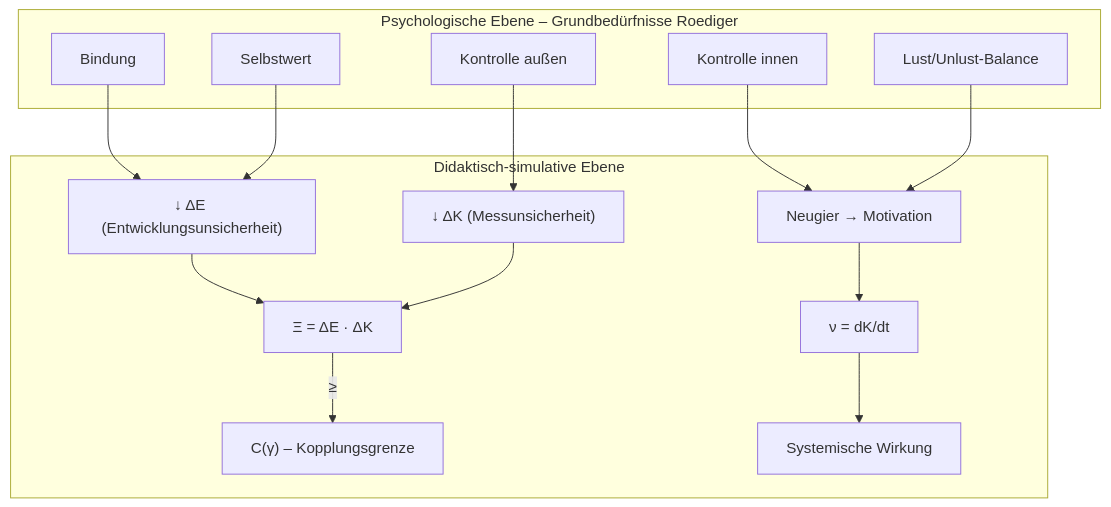
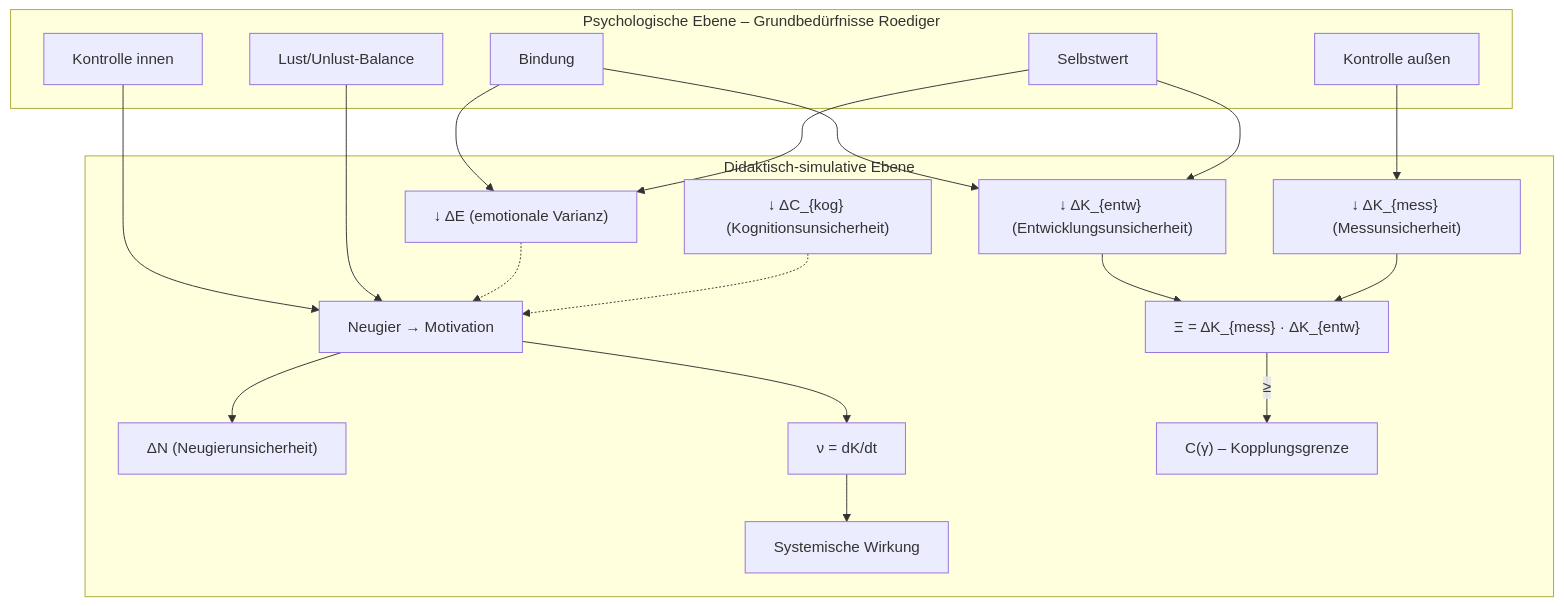
Before and after one commit to jochen-hanisch/research: the first of 2 diagrams in Bildungswissenschaft/Bildungswirkfaktor.md, drawn with Mermaid. The commit also changed other lines of this file and 66 other files, not shown here.

````diff
--- a/Bildungswissenschaft/Bildungswirkfaktor.md
+++ b/Bildungswissenschaft/Bildungswirkfaktor.md
@@ -139,35 +164,45 @@
 ```mermaid
 flowchart TD
   subgraph PSY[Psychologische Ebene – Grundbedürfnisse Roediger]
     BIND[Bindung]
     EXT[Kontrolle außen]
     INT[Kontrolle innen]
     SW[Selbstwert]
     LUST[Lust/Unlust-Balance]
   end
 
   subgraph SIM[Didaktisch-simulative Ebene]
-    dE_down["↓ ΔE (Entwicklungsunsicherheit)"]
-    dK_down["↓ ΔK (Messunsicherheit)"]
+    dK_entw_down["↓ ΔK_{entw} (Entwicklungsunsicherheit)"]
+    dK_mess_down["↓ ΔK_{mess} (Messunsicherheit)"]
+    dE_down["↓ ΔE (emotionale Varianz)"]
+    dCog_down["↓ ΔC_{kog} (Kognitionsunsicherheit)"]
     MOTIV["Neugier → Motivation"]
+    dN_mod["ΔN (Neugierunsicherheit)"]
     NU["ν = dK/dt"]
-    XI["Ξ = ΔE · ΔK"]
+    XI["Ξ = ΔK_{mess} · ΔK_{entw}"]
     CG["C(γ) – Kopplungsgrenze"]
     WIRK[Systemische Wirkung]
   end
 
   %% Kopplungslogik
-  dE_down --> XI
-  dK_down --> XI
+  dK_entw_down --> XI
+  dK_mess_down --> XI
   XI -->|≥| CG
 
   %% Dynamikpfad
   MOTIV --> NU --> WIRK
 
   %% Grundbedürfnisse
+  BIND --> dK_entw_down
+  SW --> dK_entw_down
+  EXT --> dK_mess_down
+  INT --> MOTIV
+  LUST --> MOTIV
+
+  %% Intrapsychische Dämpfung
   BIND --> dE_down
   SW --> dE_down
-  EXT --> dK_down
-  INT --> MOTIV
-  LUST --> MOTIV
+  MOTIV --> dN_mod
+  dE_down -.-> MOTIV
+  dCog_down -.-> MOTIV
 ```
````
